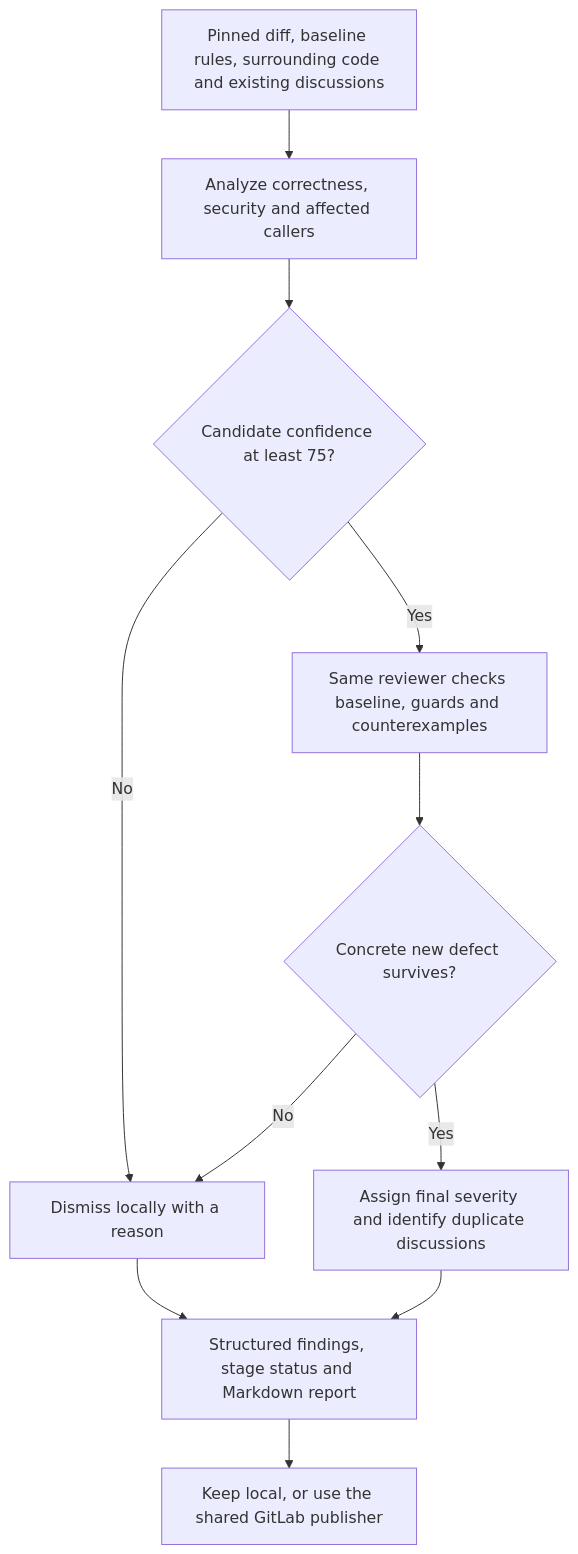
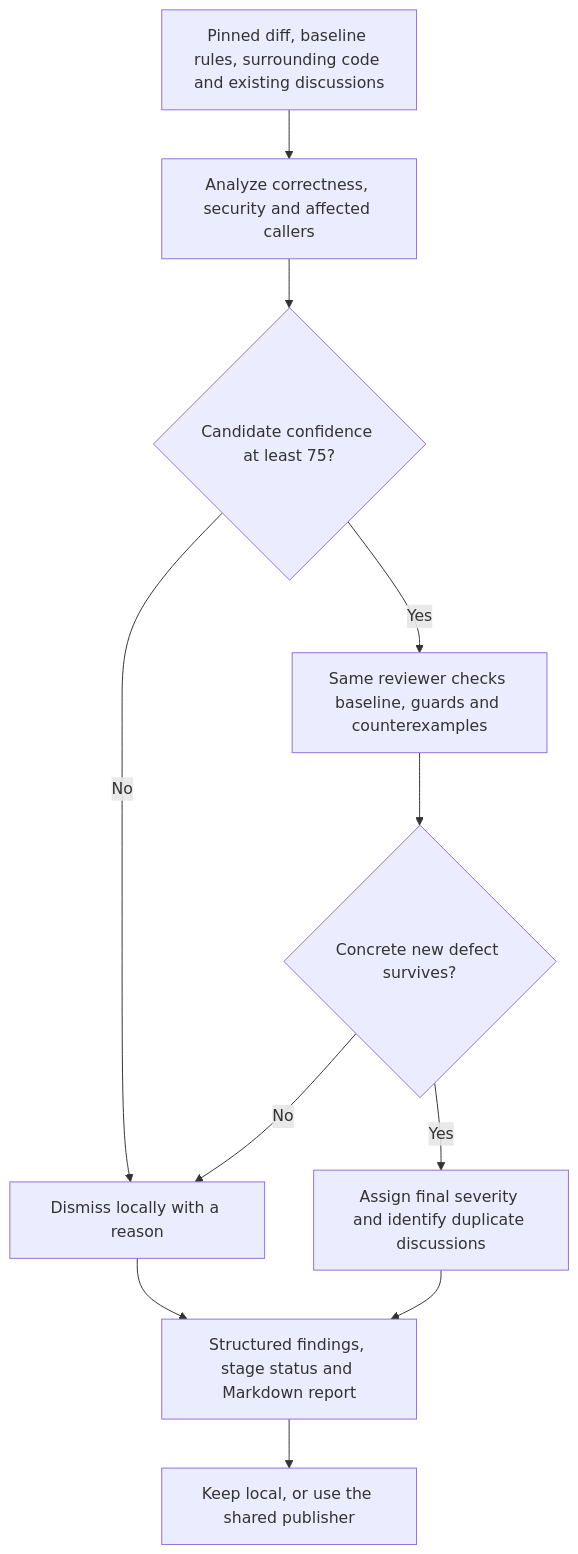
The first of 3 diagrams in skills/code/review-workflow/references/design.md (NoSugarCoffee/dotai), drawn with Mermaid before and after one commit. The commit also changed other lines of this file and 18 other files, not shown here.

````diff
--- a/skills/code/review-workflow/references/design.md
+++ b/skills/code/review-workflow/references/design.md
@@ -15,13 +15,13 @@
 ```mermaid
 flowchart TD
     Scope["Pinned diff, baseline rules, surrounding code and existing discussions"] --> Analyze["Analyze correctness, security and affected callers"]
     Analyze --> Screen{"Candidate confidence at least 75?"}
     Screen -->|No| Dismiss["Dismiss locally with a reason"]
     Screen -->|Yes| Challenge["Same reviewer checks baseline, guards and counterexamples"]
     Challenge --> Valid{"Concrete new defect survives?"}
     Valid -->|No| Dismiss
     Valid -->|Yes| Classify["Assign final severity and identify duplicate discussions"]
     Classify --> Report["Structured findings, stage status and Markdown report"]
     Dismiss --> Report
-    Report --> Output["Keep local, or use the shared GitLab publisher"]
+    Report --> Output["Keep local, or use the shared publisher"]
 ```
````
